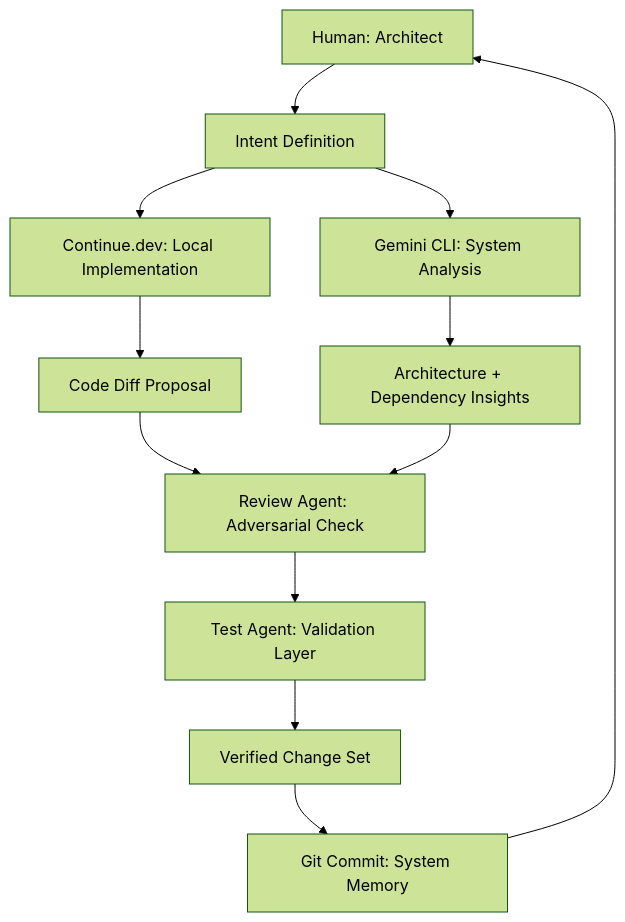
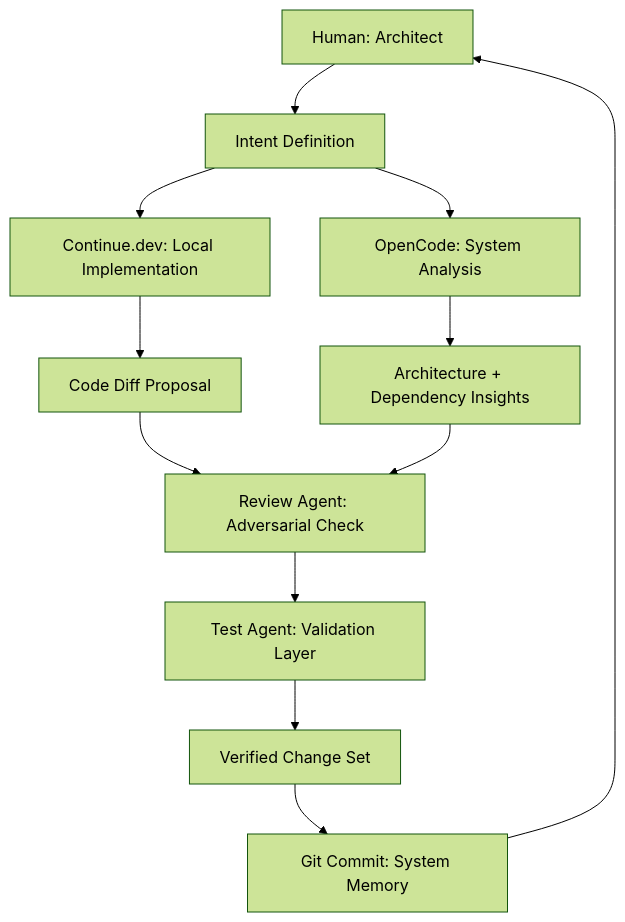
One commit to seanwhs/Plans changed the first of 3 diagrams in Coding-with-AI/Co-develop-with-AI.md. Above: the diagram before and after it, drawn with Mermaid (forest theme). The commit also changed other lines of this file, not shown here.

````diff
--- a/Coding-with-AI/Co-develop-with-AI.md
+++ b/Coding-with-AI/Co-develop-with-AI.md
@@ -99,18 +90,18 @@
 ```mermaid
 flowchart TD
     H[Human: Architect] --> I[Intent Definition]
     I --> C[Continue.dev: Local Implementation]
-    I --> G[Gemini CLI: System Analysis]
+    I --> O[OpenCode: System Analysis]
 
     C --> D[Code Diff Proposal]
-    G --> A[Architecture + Dependency Insights]
+    O --> A[Architecture + Dependency Insights]
 
     D --> R[Review Agent: Adversarial Check]
     A --> R
 
     R --> T[Test Agent: Validation Layer]
     T --> V[Verified Change Set]
 
     V --> GH[Git Commit: System Memory]
     GH --> H
 ```
````
